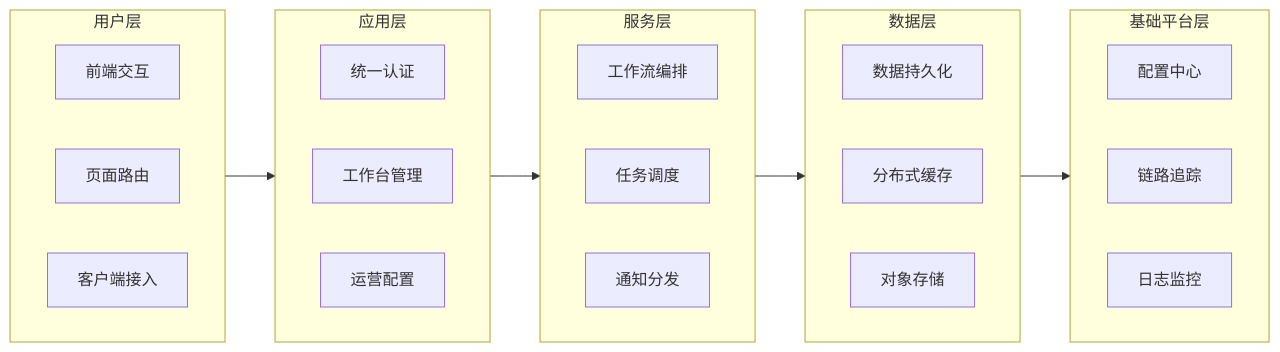
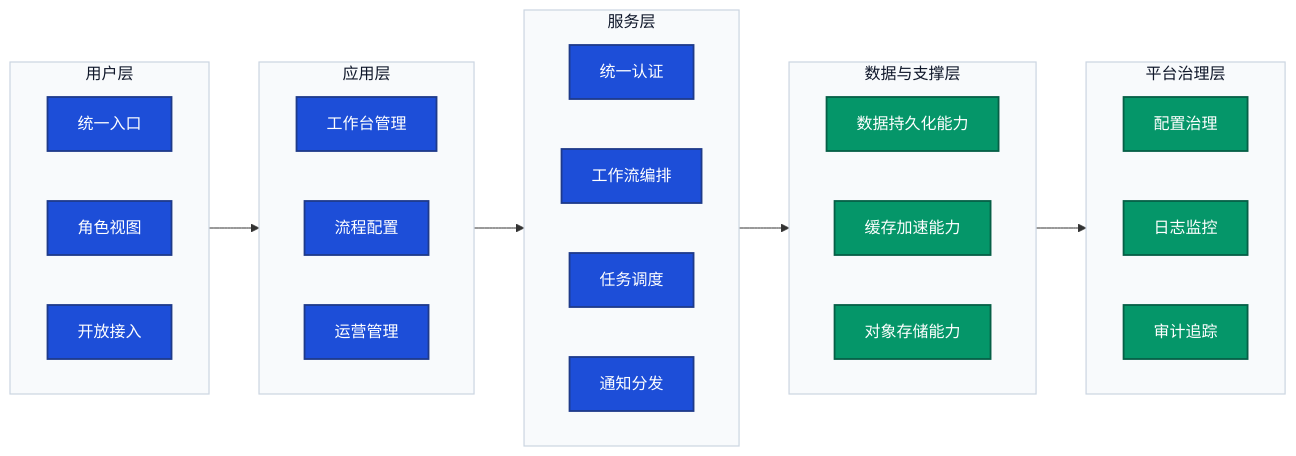
The first of 2 diagrams in 7.提示词与AI协作/分析维度与标准出图/分层能力结构图.md (amuqiao/FastAPI-MVC), drawn with Mermaid before and after one commit. The commit also changed other lines of this file and 23 other files, not shown here.

````diff
--- a/7.提示词与AI协作/分析维度与标准出图/分层能力结构图.md
+++ b/7.提示词与AI协作/分析维度与标准出图/分层能力结构图.md
@@ -34,39 +50,48 @@
 ```mermaid
-flowchart LR 
+flowchart LR
     subgraph L1["用户层"]
         direction LR
-        U1["前端交互"]
-        U2["页面路由"]
-        U3["客户端接入"]
+        U1["统一入口"]
+        U2["角色视图"]
+        U3["开放接入"]
     end
 
     subgraph L2["应用层"]
         direction LR
-        A1["统一认证"]
-        A2["工作台管理"]
-        A3["运营配置"]
+        A1["工作台管理"]
+        A2["流程配置"]
+        A3["运营管理"]
     end
 
     subgraph L3["服务层"]
         direction LR
-        S1["工作流编排"]
-        S2["任务调度"]
-        S3["通知分发"]
+        S1["统一认证"]
+        S2["工作流编排"]
+        S3["任务调度"]
+        S4["通知分发"]
     end
 
-    subgraph L4["数据层"]
+    subgraph L4["数据与支撑层"]
         direction LR
-        D1["数据持久化"]
-        D2["分布式缓存"]
-        D3["对象存储"]
+        D1["数据持久化能力"]
+        D2["缓存加速能力"]
+        D3["对象存储能力"]
     end
 
-    subgraph L5["基础平台层"]
+    subgraph L5["平台治理层"]
         direction LR
-        P1["配置中心"]
-        P2["链路追踪"]
-        P3["日志监控"]
+        P1["配置治理"]
+        P2["日志监控"]
+        P3["审计追踪"]
     end
 
     L1 --> L2 --> L3 --> L4 --> L5
+
+    classDef capabilityStyle fill:#1d4ed8,stroke:#1e3a8a,stroke-width:1.8px,color:#ffffff
+    classDef supportStyle fill:#059669,stroke:#065f46,stroke-width:1.8px,color:#ffffff
+    classDef layerStyle fill:#f8fafc,stroke:#cbd5e1,stroke-width:1.2px,color:#0f172a
+
+    class U1,U2,U3,A1,A2,A3,S1,S2,S3,S4 capabilityStyle
+    class D1,D2,D3,P1,P2,P3 supportStyle
+    class L1,L2,L3,L4,L5 layerStyle
 ```
````
